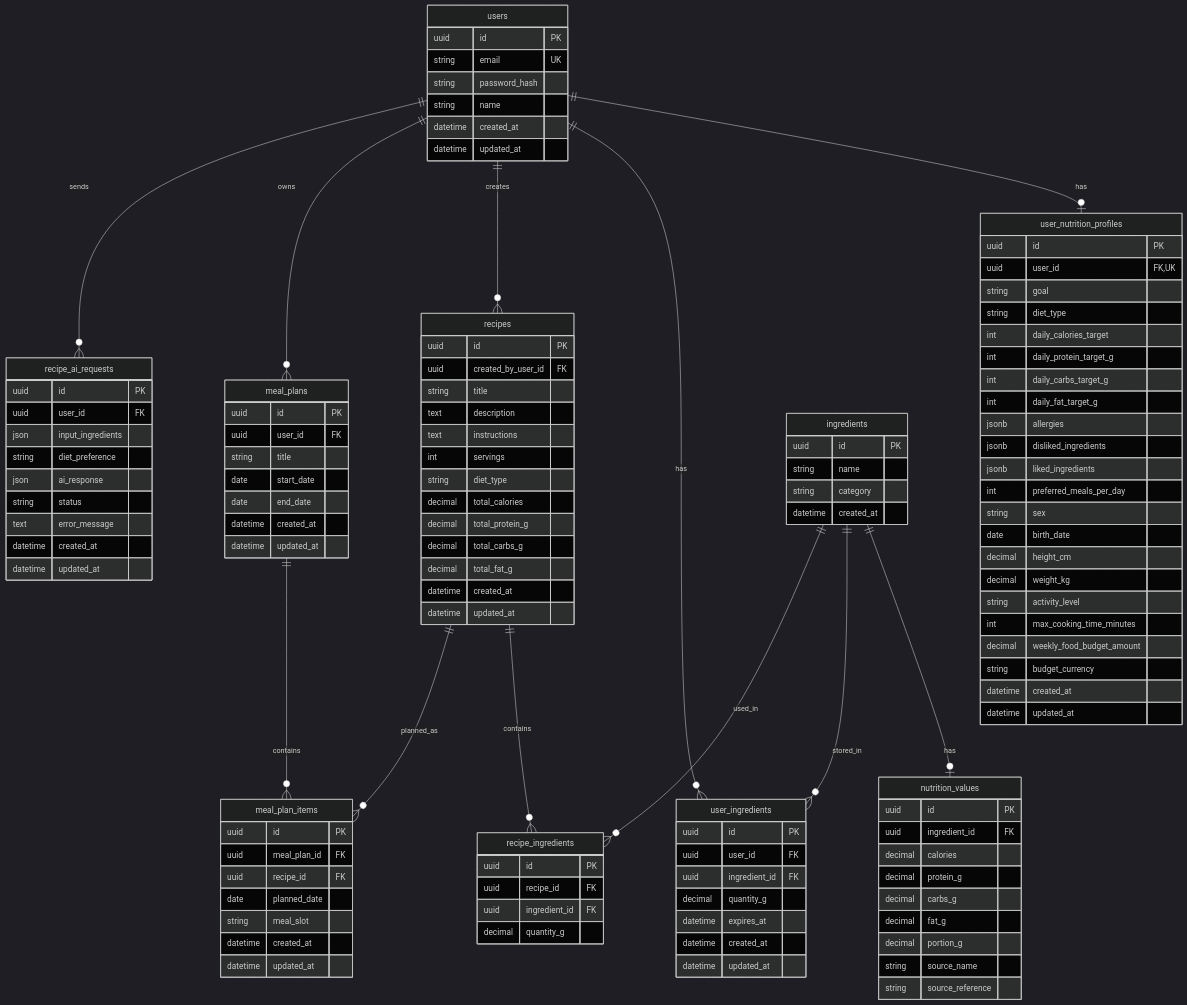
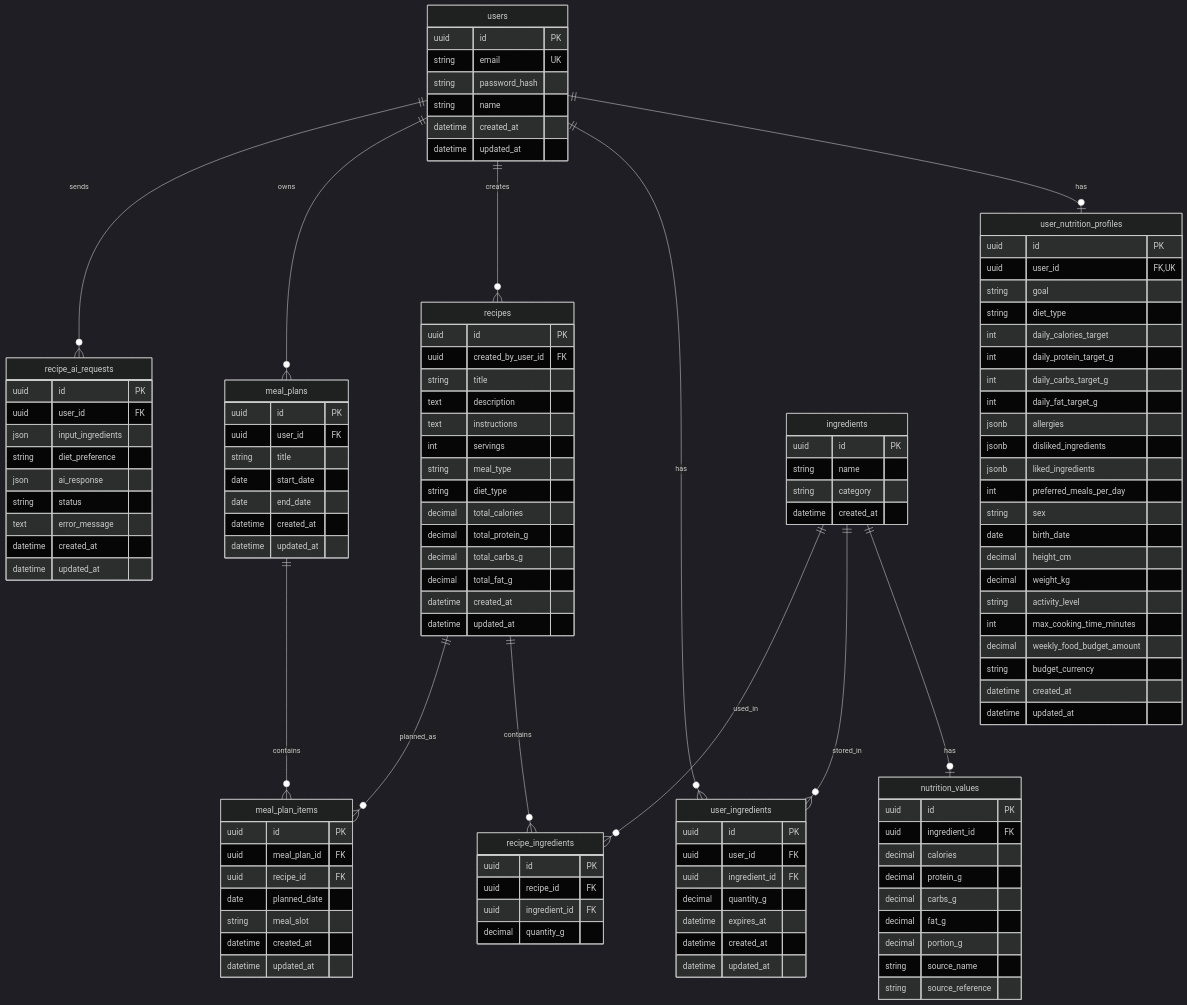
Before and after one commit to Pavel404-dev/Mealio: the diagram in docs/database/erd.md, drawn with Mermaid (dark theme). The commit also changed other lines of this file and 9 other files, not shown here.

Commit message:
feat(recipes): persist optional recipe meal type

```diff
--- a/docs/database/erd.md
+++ b/docs/database/erd.md
@@ -114,6 +114,7 @@
         text description
         text instructions
         int servings
+        string meal_type
         string diet_type
         decimal total_calories
         decimal total_protein_g
```
